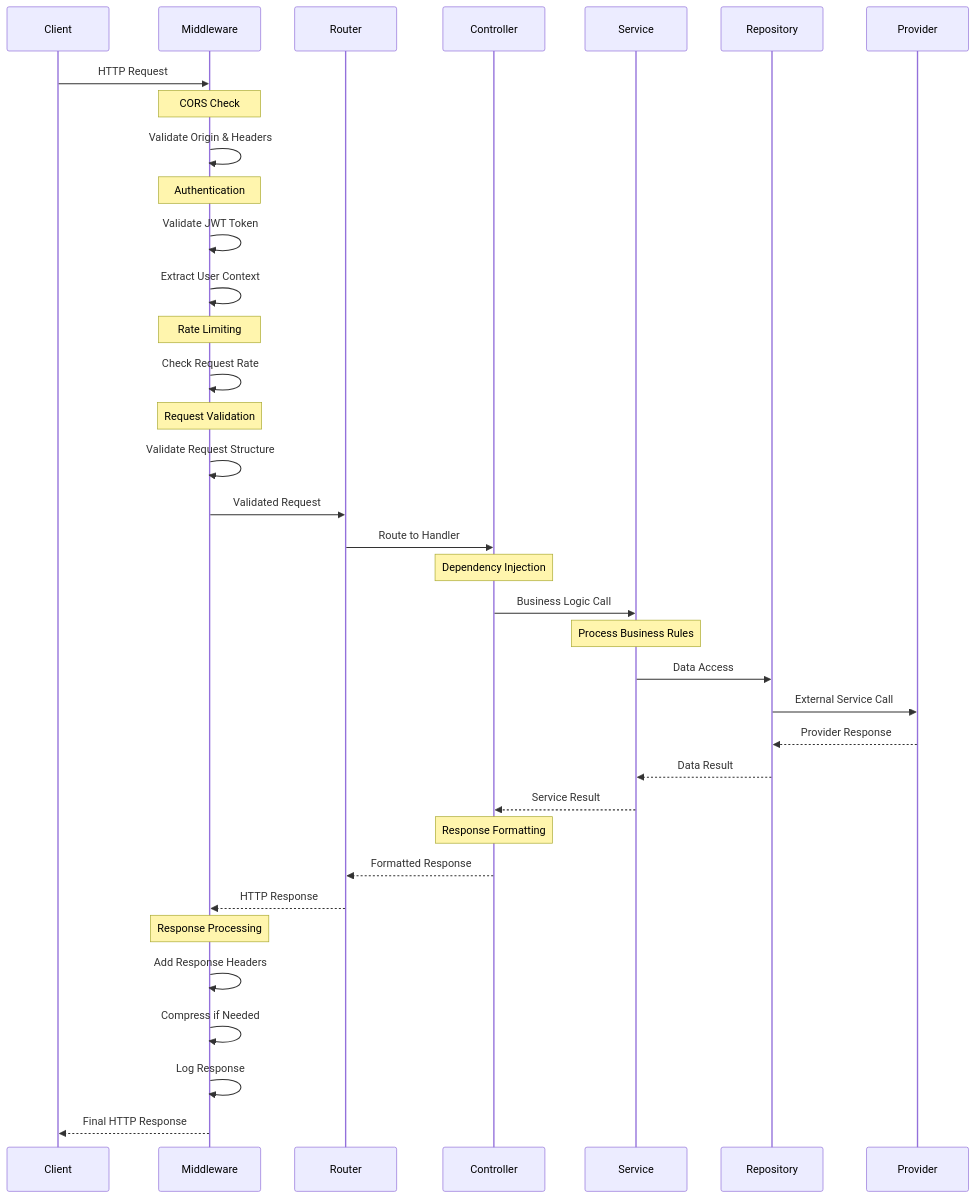
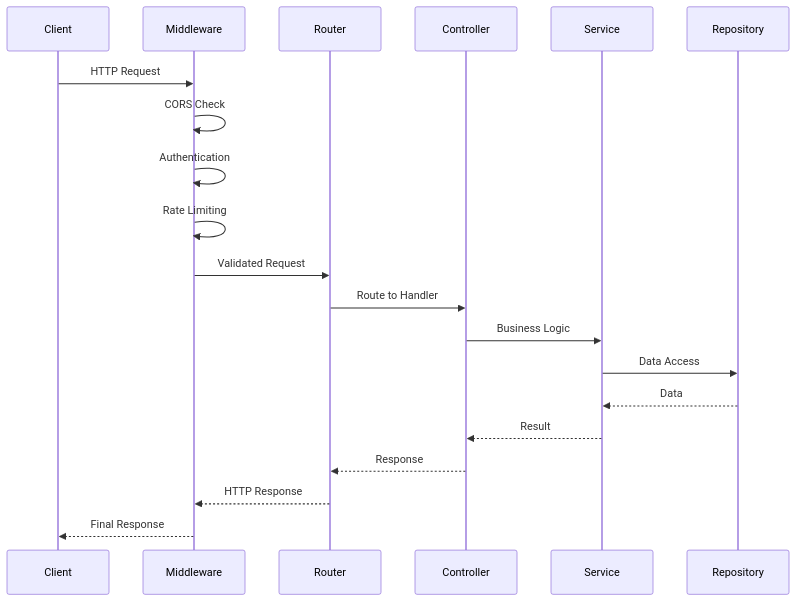
Before and after one commit to MRCORD/university-chatbot: diagram 15 of 21 in docs/system-architecture.md, drawn with Mermaid. The commit also changed other lines of this file, not shown here.

````diff
--- a/docs/system-architecture.md
+++ b/docs/system-architecture.md
@@ -1378,48 +682,23 @@
 ```mermaid
 sequenceDiagram
     participant Client
     participant Middleware
     participant Router
     participant Controller
     participant Service
     participant Repository
-    participant Provider
     
     Client->>Middleware: HTTP Request
-    Note over Middleware: CORS Check
-    Middleware->>Middleware: Validate Origin & Headers
-    
-    Note over Middleware: Authentication
-    Middleware->>Middleware: Validate JWT Token
-    Middleware->>Middleware: Extract User Context
-    
-    Note over Middleware: Rate Limiting
-    Middleware->>Middleware: Check Request Rate
-    
-    Note over Middleware: Request Validation
-    Middleware->>Middleware: Validate Request Structure
-    
+    Middleware->>Middleware: CORS Check
+    Middleware->>Middleware: Authentication
+    Middleware->>Middleware: Rate Limiting
     Middleware->>Router: Validated Request
     Router->>Controller: Route to Handler
-    
-    Note over Controller: Dependency Injection
-    Controller->>Service: Business Logic Call
-    
-    Note over Service: Process Business Rules
+    Controller->>Service: Business Logic
     Service->>Repository: Data Access
-    Repository->>Provider: External Service Call
-    Provider-->>Repository: Provider Response
-    Repository-->>Service: Data Result
-    Service-->>Controller: Service Result
-    
-    Note over Controller: Response Formatting
-    Controller-->>Router: Formatted Response
+    Repository-->>Service: Data
+    Service-->>Controller: Result
+    Controller-->>Router: Response
     Router-->>Middleware: HTTP Response
-    
-    Note over Middleware: Response Processing
-    Middleware->>Middleware: Add Response Headers
-    Middleware->>Middleware: Compress if Needed
-    Middleware->>Middleware: Log Response
-    
-    Middleware-->>Client: Final HTTP Response
+    Middleware-->>Client: Final Response
 ```
````
